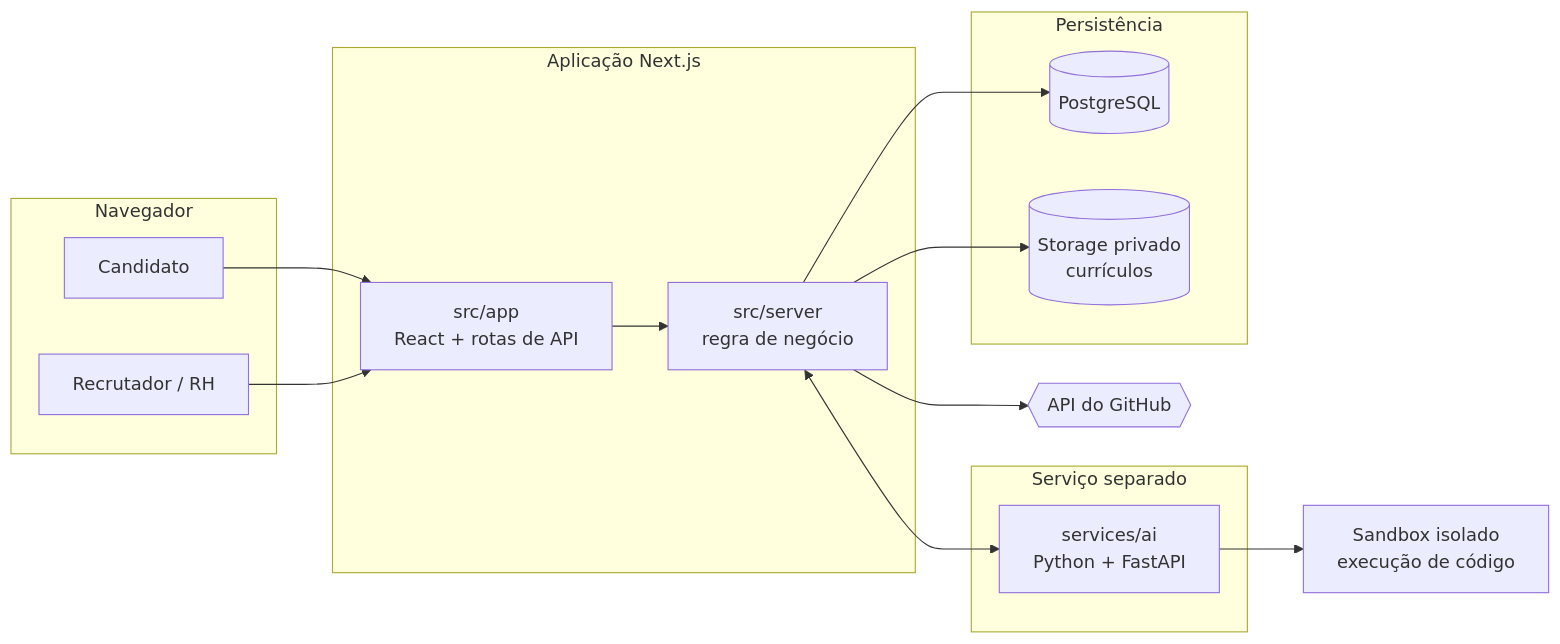
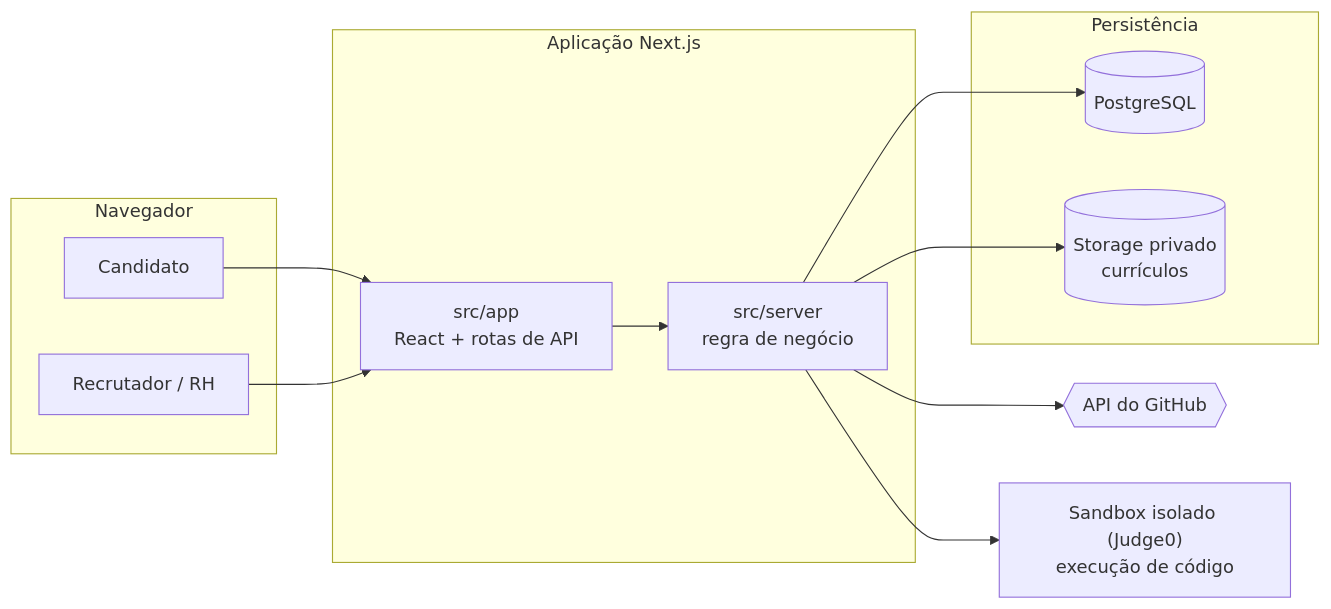
One commit to daviferreira-dev/CLTech changed the diagram in README.md. Above: the diagram before and after it, drawn with Mermaid. The commit also changed other lines of this file and 2 other files, not shown here.

````diff
--- a/README.md
+++ b/README.md
@@ -100,33 +100,28 @@
 ```mermaid
 flowchart LR
     subgraph nav ["Navegador"]
         C["Candidato"]
         R["Recrutador / RH"]
     end
 
     subgraph app ["Aplicação Next.js"]
         F["src/app<br/>React + rotas de API"]
         B["src/server<br/>regra de negócio"]
     end
 
-    subgraph ext ["Serviço separado"]
-        A["services/ai<br/>Python + FastAPI"]
-    end
-
     subgraph dados ["Persistência"]
         DB[("PostgreSQL")]
         S[("Storage privado<br/>currículos")]
     end
 
     GH{{"API do GitHub"}}
-    SB["Sandbox isolado<br/>execução de código"]
+    SB["Sandbox isolado (Judge0)<br/>execução de código"]
 
     C --> F
     R --> F
     F --> B
     B --> DB
     B --> S
     B --> GH
-    B <--> A
-    A --> SB
+    B --> SB
 ```
````
